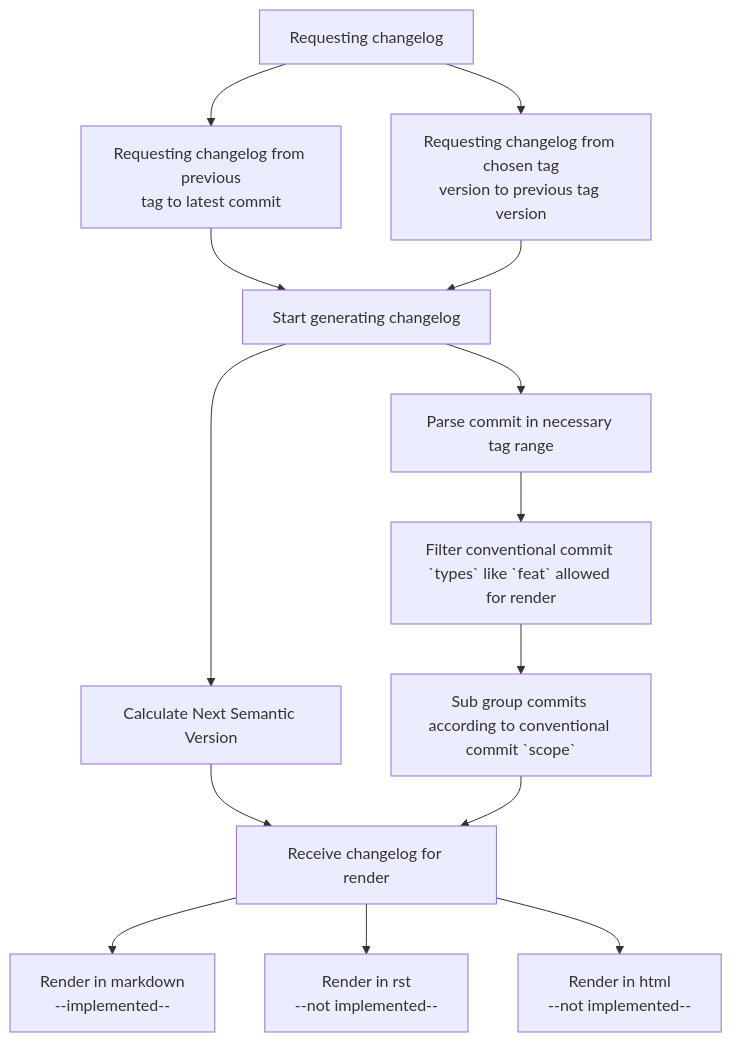
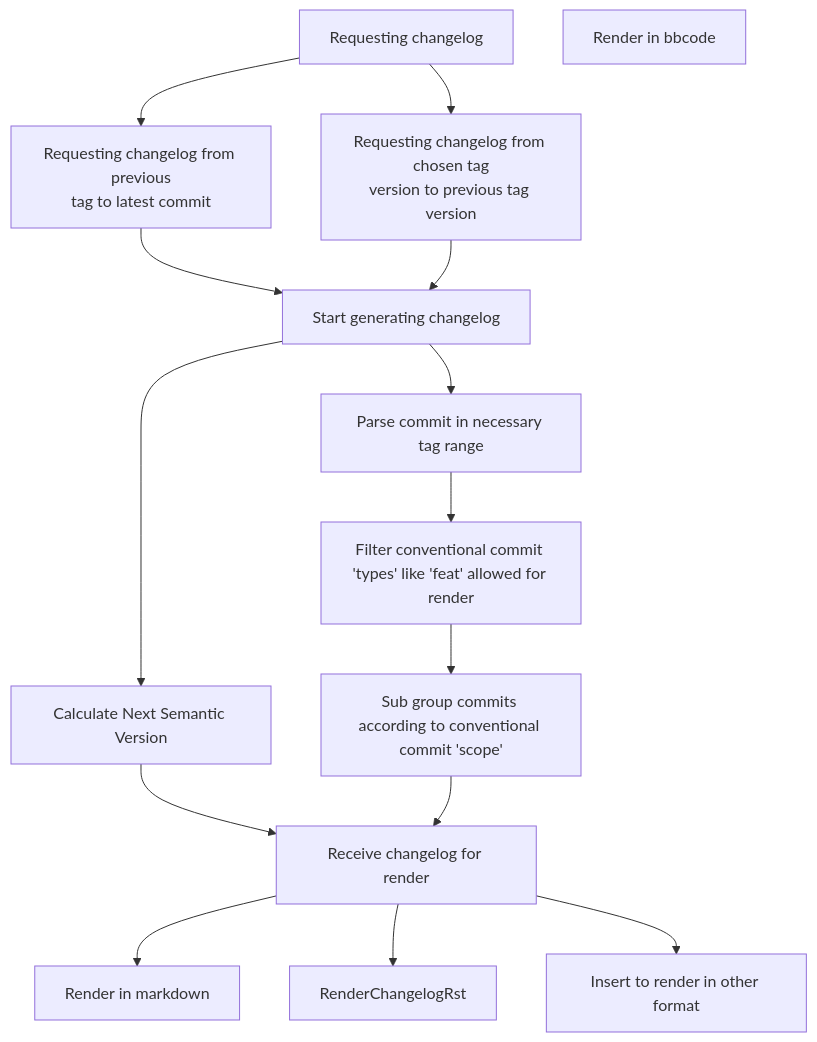
The second of 3 diagrams in docs/development/algos.md (darklab8/autogit), drawn with Mermaid before and after one commit. The commit also changed other lines of this file and 4 other files, not shown here.

````diff
--- a/docs/development/algos.md
+++ b/docs/development/algos.md
@@ -31,28 +29,28 @@
 ```mermaid
 flowchart TD
     RequestingChangelog[Requesting changelog]
     RequestingChangelog --> ChangelogFromLatestCommitToPreviousTagVersion
     ChangelogFromLatestCommitToPreviousTagVersion[Requesting changelog from previous\ntag to latest commit]
     RequestingChangelog --> ChangelogFromChosenTagToPreviousTag
     ChangelogFromChosenTagToPreviousTag[Requesting changelog from chosen tag\nversion to previous tag version]
     ChangelogFromLatestCommitToPreviousTagVersion --> GenerateChangelog
     GenerateChangelog[Start generating changelog]
     ParseCommits[Parse commit in necessary tag range]
     ChangelogFromChosenTagToPreviousTag --> GenerateChangelog
     GenerateChangelog --> ParseCommits
     ParseCommits --> SelectAllowedTypesForRender
-    SelectAllowedTypesForRender[Filter conventional commit `types` like `feat` allowed for render]
+    SelectAllowedTypesForRender[Filter conventional commit 'types' like 'feat' allowed for render]
     SelectAllowedTypesForRender --> SubgroupIntoConventionalCommitScopes
-    SubgroupIntoConventionalCommitScopes[Sub group commits according to conventional commit `scope`]
+    SubgroupIntoConventionalCommitScopes[Sub group commits according to conventional commit 'scope']
     GenerateChangelog --> CalculateNextSemver
     CalculateNextSemver[Calculate Next Semantic Version]
     CalculateNextSemver --> SendChangelogToRender
     SubgroupIntoConventionalCommitScopes --> SendChangelogToRender
     SendChangelogToRender[Receive changelog for render]
     SendChangelogToRender --> RenderChangelogMarkdown
     SendChangelogToRender --> RenderChangelogRst
-    SendChangelogToRender --> RenderChangelogHtml
-    RenderChangelogMarkdown[Render in markdown\n--implemented--]
-    RenderChangelogRst[Render in rst\n--not implemented--]
-    RenderChangelogHtml[Render in html\n--not implemented--]
+    SendChangelogToRender --> RenderChangelogOtherFormat
+    RenderChangelogMarkdown[Render in markdown]
+    RenderChangelogBBcode[Render in bbcode]
+    RenderChangelogOtherFormat[Insert to render in other format]
 ```
````
